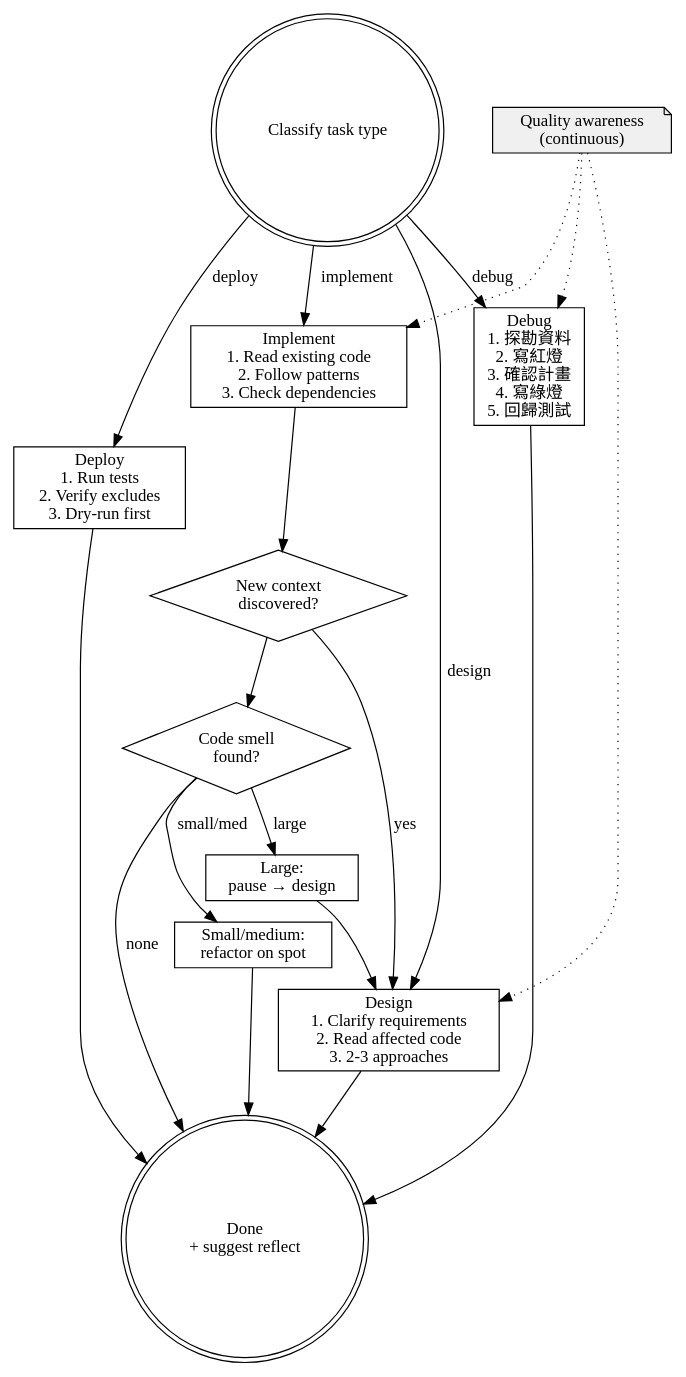
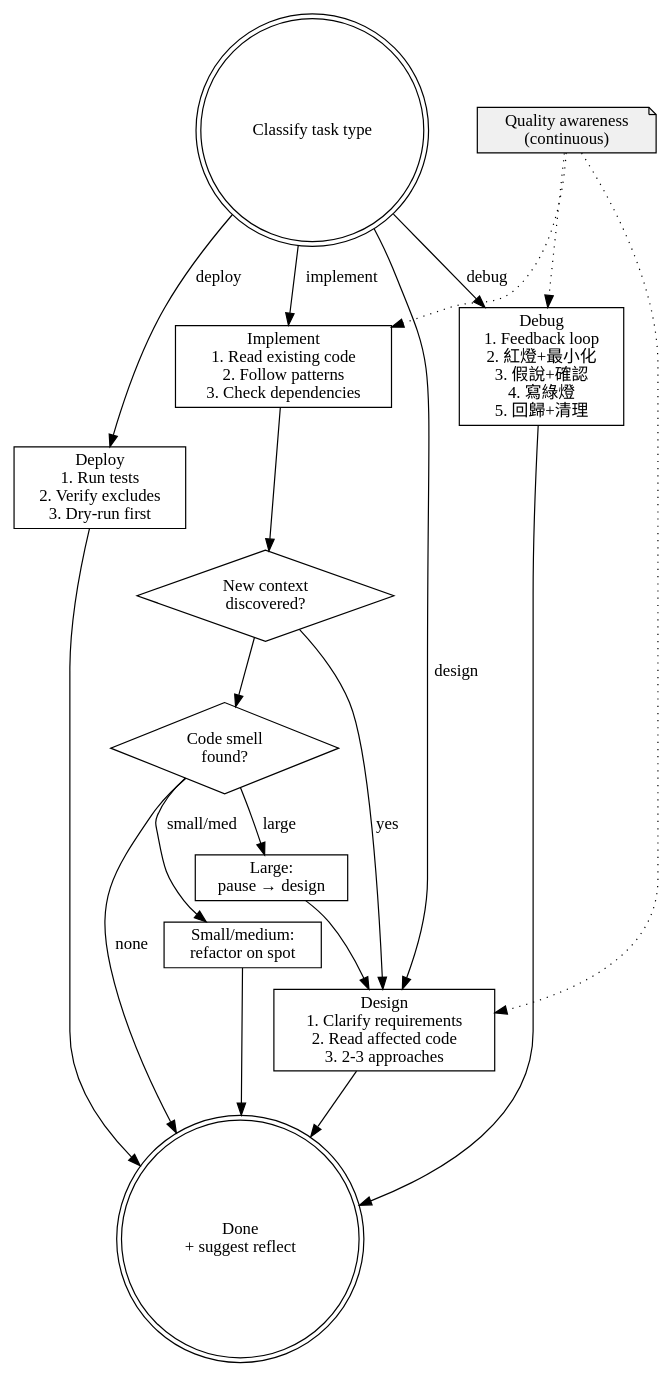
One commit to wayne930242/weihung-agent-root changed the diagram in skills/leveraging-tasks/SKILL.md. Above: the diagram before and after it, drawn with Graphviz. The commit also changed other lines of this file and 5 other files, not shown here.

````diff
--- a/skills/leveraging-tasks/SKILL.md
+++ b/skills/leveraging-tasks/SKILL.md
@@ -103,42 +103,42 @@
 ```dot
 digraph leveraging {
     rankdir=TB;
     node [shape=box];
 
     classify [label="Classify task type", shape=doublecircle];
     quality [label="Quality awareness\n(continuous)", shape=note, style=filled, fillcolor="#f0f0f0"];
 
     implement [label="Implement\n1. Read existing code\n2. Follow patterns\n3. Check dependencies"];
     design [label="Design\n1. Clarify requirements\n2. Read affected code\n3. 2-3 approaches"];
-    debug [label="Debug\n1. 探勘資料\n2. 寫紅燈\n3. 確認計畫\n4. 寫綠燈\n5. 回歸測試"];
+    debug [label="Debug\n1. Feedback loop\n2. 紅燈+最小化\n3. 假說+確認\n4. 寫綠燈\n5. 回歸+清理"];
     deploy [label="Deploy\n1. Run tests\n2. Verify excludes\n3. Dry-run first"];
 
     new_context [label="New context\ndiscovered?", shape=diamond];
     smell [label="Code smell\nfound?", shape=diamond];
     small_refactor [label="Small/medium:\nrefactor on spot"];
     large_refactor [label="Large:\npause → design"];
     done [label="Done\n+ suggest reflect", shape=doublecircle];
 
     classify -> implement [label="implement"];
     classify -> design [label="design"];
     classify -> debug [label="debug"];
     classify -> deploy [label="deploy"];
 
     quality -> implement [style=dotted];
     quality -> design [style=dotted];
     quality -> debug [style=dotted];
 
     implement -> new_context;
     new_context -> design [label="yes"];
     new_context -> smell;
     smell -> small_refactor [label="small/med"];
     smell -> large_refactor [label="large"];
     small_refactor -> done;
     large_refactor -> design;
     smell -> done [label="none"];
 
     design -> done;
     debug -> done;
     deploy -> done;
 }
 ```
````
